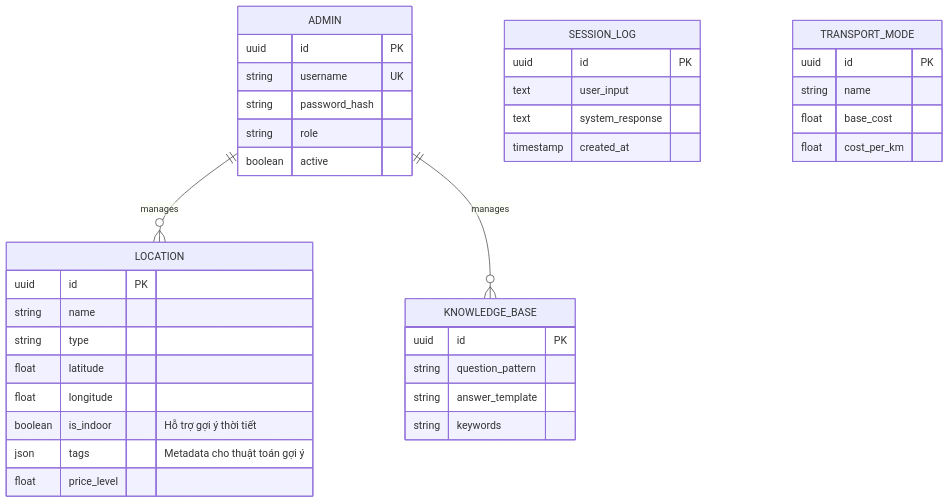
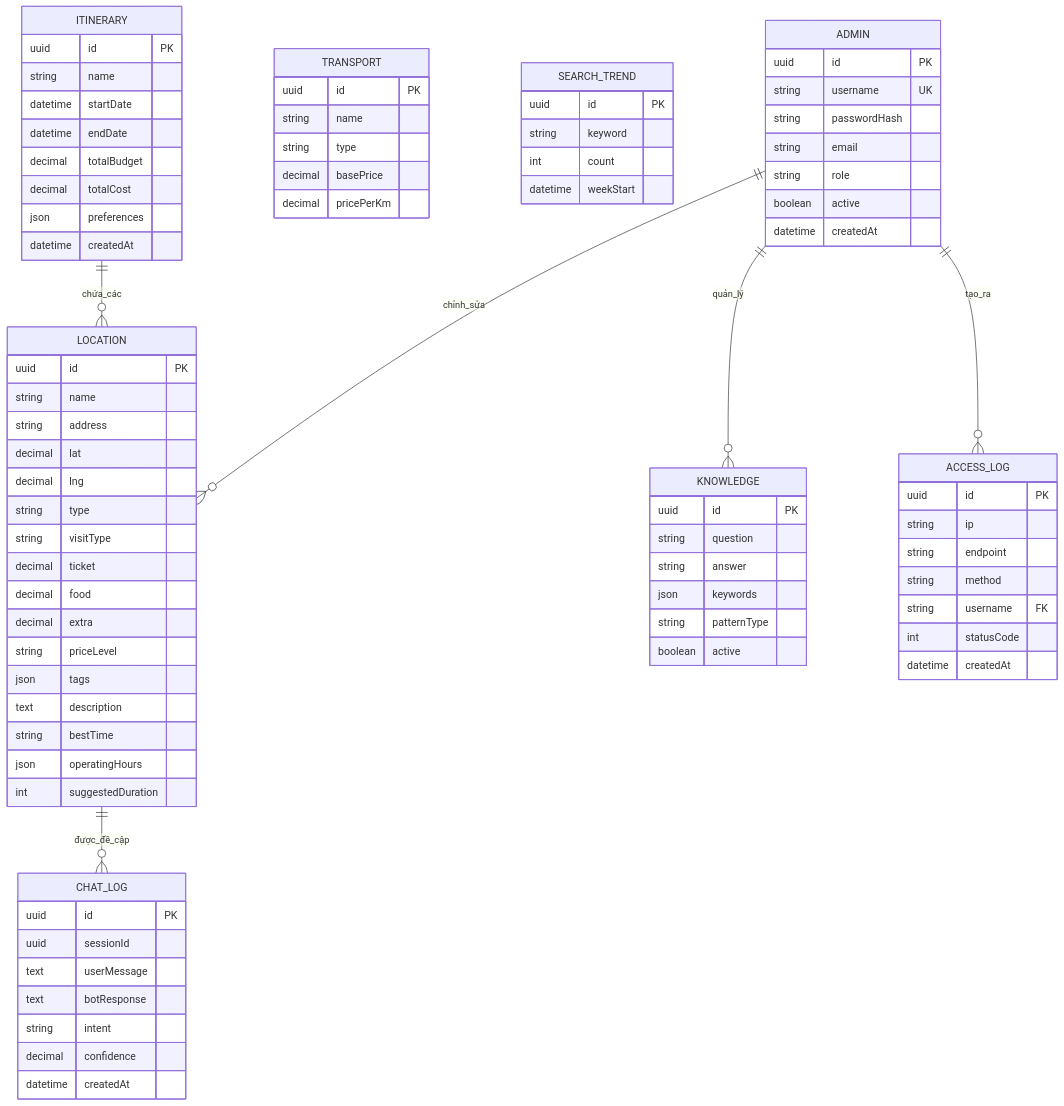
One commit to Doggie-H/Dana-Travel changed the fourth of 10 diagrams in docs/ARCHITECTURE.md. Above: the diagram before and after it, drawn with Mermaid. The commit also changed other lines of this file and 3 other files, not shown here.

````diff
--- a/docs/ARCHITECTURE.md
+++ b/docs/ARCHITECTURE.md
@@ -85,44 +163,90 @@
     ADMIN {
         uuid id PK
         string username UK
-        string password_hash
+        string passwordHash
+        string email
         string role
         boolean active
+        datetime createdAt
     }
-    
+
     LOCATION {
         uuid id PK
         string name
+        string address
+        decimal lat
+        decimal lng
         string type
-        float latitude
-        float longitude
-        boolean is_indoor "Hỗ trợ gợi ý thời tiết"
-        json tags "Metadata cho thuật toán gợi ý"
-        float price_level
+        string visitType
+        decimal ticket
+        decimal food
+        decimal extra
+        string priceLevel
+        json tags
+        text description
+        string bestTime
+        json operatingHours
+        int suggestedDuration
     }
-    
-    KNOWLEDGE_BASE {
+
+    KNOWLEDGE {
         uuid id PK
-        string question_pattern
-        string answer_template
-        string keywords
+        string question
+        string answer
+        json keywords
+        string patternType
+        boolean active
     }
-    
-    SESSION_LOG {
-        uuid id PK
-        text user_input
-        text system_response
-        timestamp created_at
-    }
-    
-    TRANSPORT_MODE {
+
+    TRANSPORT {
         uuid id PK
         string name
-        float base_cost
-        float cost_per_km
+        string type
+        decimal basePrice
+        decimal pricePerKm
     }
 
-    %% Relationships
-    ADMIN ||--o{ LOCATION : manages
-    ADMIN ||--o{ KNOWLEDGE_BASE : manages
+    ACCESS_LOG {
+        uuid id PK
+        string ip
+        string endpoint
+        string method
+        string username FK
+        int statusCode
+        datetime createdAt
+    }
+
+    CHAT_LOG {
+        uuid id PK
+        uuid sessionId
+        text userMessage
+        text botResponse
+        string intent
+        decimal confidence
+        datetime createdAt
+    }
+
+    SEARCH_TREND {
+        uuid id PK
+        string keyword
+        int count
+        datetime weekStart
+    }
+
+    ITINERARY {
+        uuid id PK
+        string name
+        datetime startDate
+        datetime endDate
+        decimal totalBudget
+        decimal totalCost
+        json preferences
+        datetime createdAt
+    }
+
+    ADMIN ||--o{ KNOWLEDGE : quản_lý
+    ADMIN ||--o{ LOCATION : chỉnh_sửa
+    ADMIN ||--o{ ACCESS_LOG : tạo_ra
+    LOCATION ||--o{ CHAT_LOG : được_đề_cập
+    ITINERARY ||--o{ LOCATION : chứa_các
 ```
````
